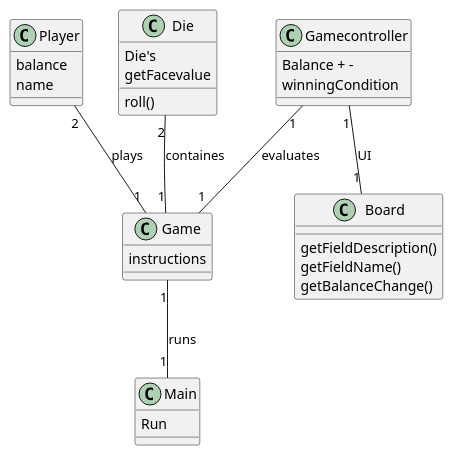
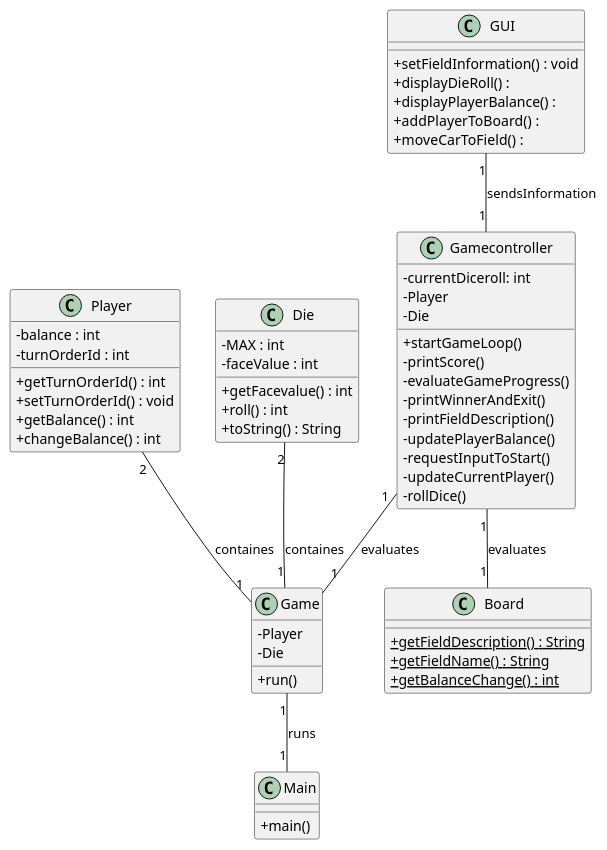
The diagram in models/Design.puml (fmerlung/G05_del2), drawn with PlantUML before and after one commit.

Commit message:
updated design-diagram

```diff
--- a/models/Design.puml
+++ b/models/Design.puml
@@ -1,40 +1,66 @@
 @startuml
 'https://plantuml.com/class-diagram
+skinparam classAttributeIconSize 0
 
 class Player{
-balance
-name
+- balance : int
+- turnOrderId : int
++ getTurnOrderId() : int
++ setTurnOrderId() : void
++ getBalance() : int
++ changeBalance() : int
 }
 class Gamecontroller{
-Balance + -
-winningCondition
+- currentDiceroll: int
+- Player
+- Die
++ startGameLoop()
+- printScore()
+- evaluateGameProgress()
+-printWinnerAndExit()
+-printFieldDescription()
+-updatePlayerBalance()
+-requestInputToStart()
+-updateCurrentPlayer()
+-rollDice()
 }
 class Game{
-instructions
+- Player
+- Die
++ run()
 }
 class Die{
-Die's
-getFacevalue
-
-roll()
+- MAX : int
+- faceValue : int
++getFacevalue() : int
++roll() : int
++toString() : String
 }
 class Board{
-getFieldDescription()
-getFieldName()
-getBalanceChange()
+{static}+ getFieldDescription() : String
+{static}+ getFieldName() : String
+{static}+ getBalanceChange() : int
 }
 class Main{
-Run
++ main()
+}
+class GUI{
++setFieldInformation() : void
++displayDieRoll() :
++displayPlayerBalance() :
++addPlayerToBoard() :
++moveCarToField() :
+
 }
 
 Die "2"--"1" Game : containes
 Gamecontroller "1"--"1" Game : evaluates
-
-Gamecontroller "1"--"1" Board : UI
+Gamecontroller "1"--"1" Board : evaluates
 Game "1"--"1" Main : runs
-Player "2"--"1" Game : plays
+Player "2"--"1" Game : containes
+GUI"1" -- "1"Gamecontroller : sendsInformation
 
 
 
 
 @enduml
```
